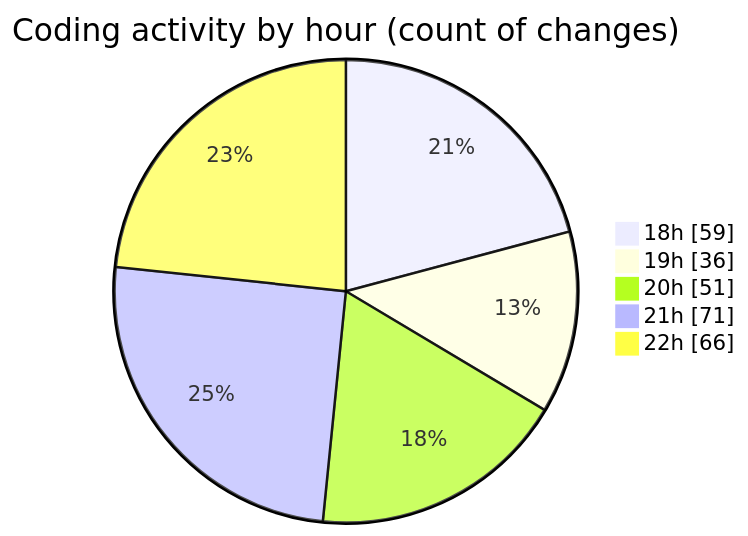
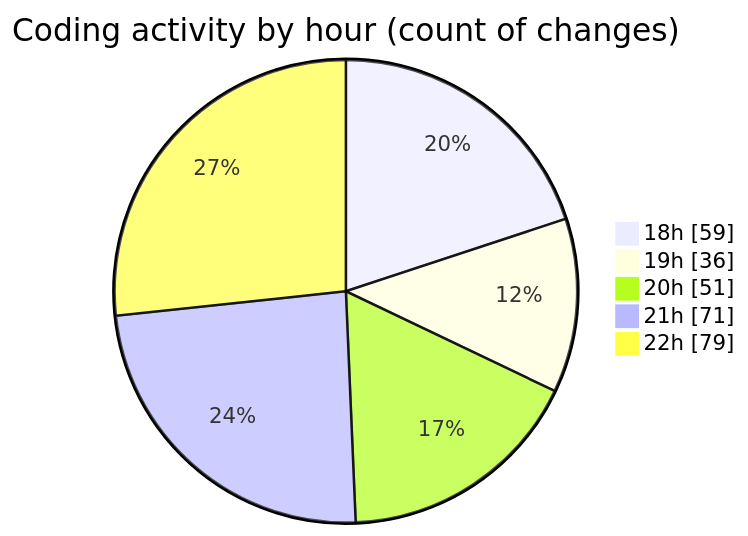
Before and after one commit to Netris89/code-tracking: the second of 2 diagrams in 2025-04-02/back-end/README.md, drawn with Mermaid. The commit also changed other lines of this file and 1 other file, not shown here.

````diff
--- a/2025-04-02/back-end/README.md
+++ b/2025-04-02/back-end/README.md
@@ -44,9 +45,9 @@
 ```mermaid
 pie showData
 title Coding activity by hour (count of changes)
 "18h" : 59
 "19h" : 36
 "20h" : 51
 "21h" : 71
-"22h" : 66
+"22h" : 79
 ```
````
